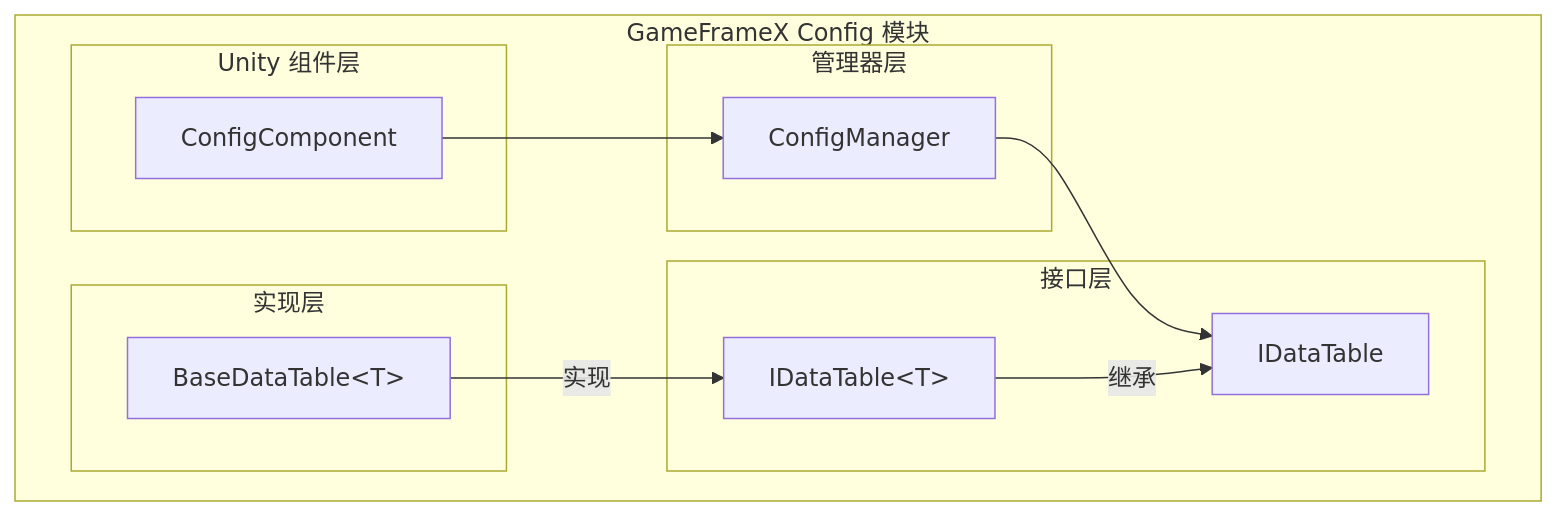
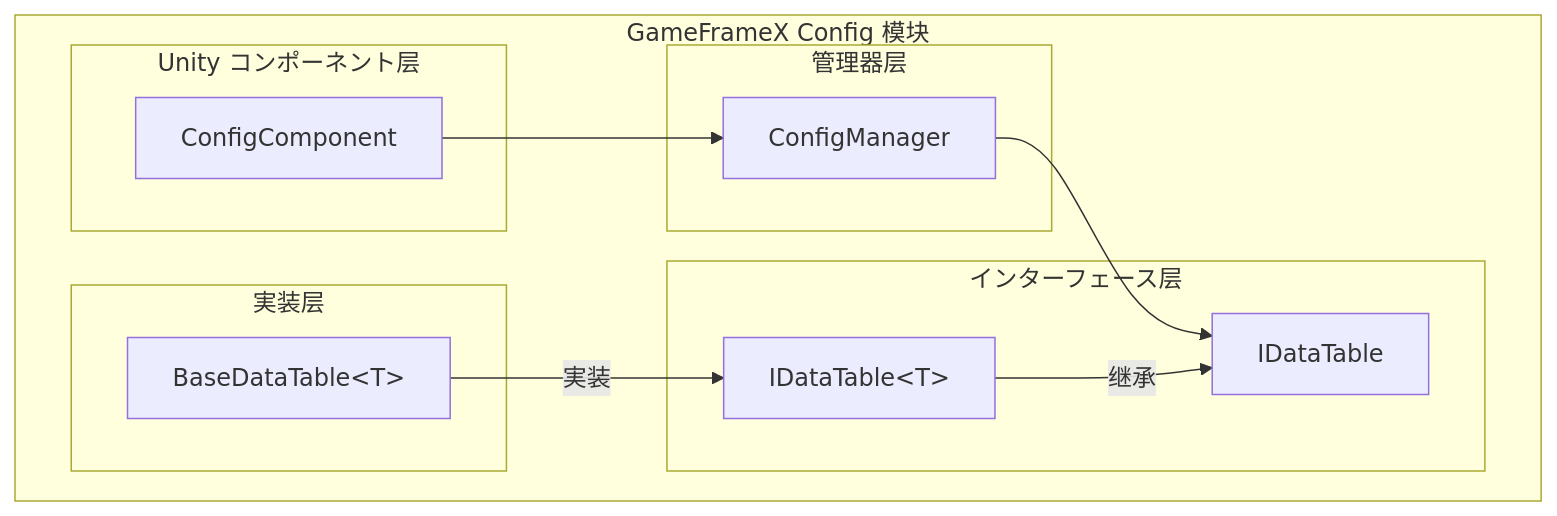
The first of 2 diagrams in docs/ja/client/unity/component/config/03.getting-started.md (AlianBlank/GameFrameX.Docs), drawn with Mermaid before and after one commit. The commit also changed other lines of this file and 603 other files, not shown here.

````diff
--- a/docs/ja/client/unity/component/config/03.getting-started.md
+++ b/docs/ja/client/unity/component/config/03.getting-started.md
@@ -16,26 +16,26 @@
 ```mermaid
 flowchart TD
     subgraph GameFrameX_Config["GameFrameX Config 模块"]
-        subgraph UnityComponent["Unity 组件层"]
+        subgraph UnityComponent["Unity コンポーネント层"]
             CC[ConfigComponent]
         end
         
         subgraph ManagerLayer["管理器层"]
             CM[ConfigManager]
         end
         
-        subgraph InterfaceLayer["接口层"]
+        subgraph InterfaceLayer["インターフェース层"]
             IDT[IDataTable]
             IDTG[IDataTable&lt;T&gt;]
         end
         
-        subgraph ImplementationLayer["实现层"]
+        subgraph ImplementationLayer["実装层"]
             BDT[BaseDataTable&lt;T&gt;]
         end
     end
     
     CC --> CM
     CM --> IDT
     IDTG -->|继承| IDT
-    BDT -->|实现| IDTG
+    BDT -->|実装| IDTG
 ```
````
